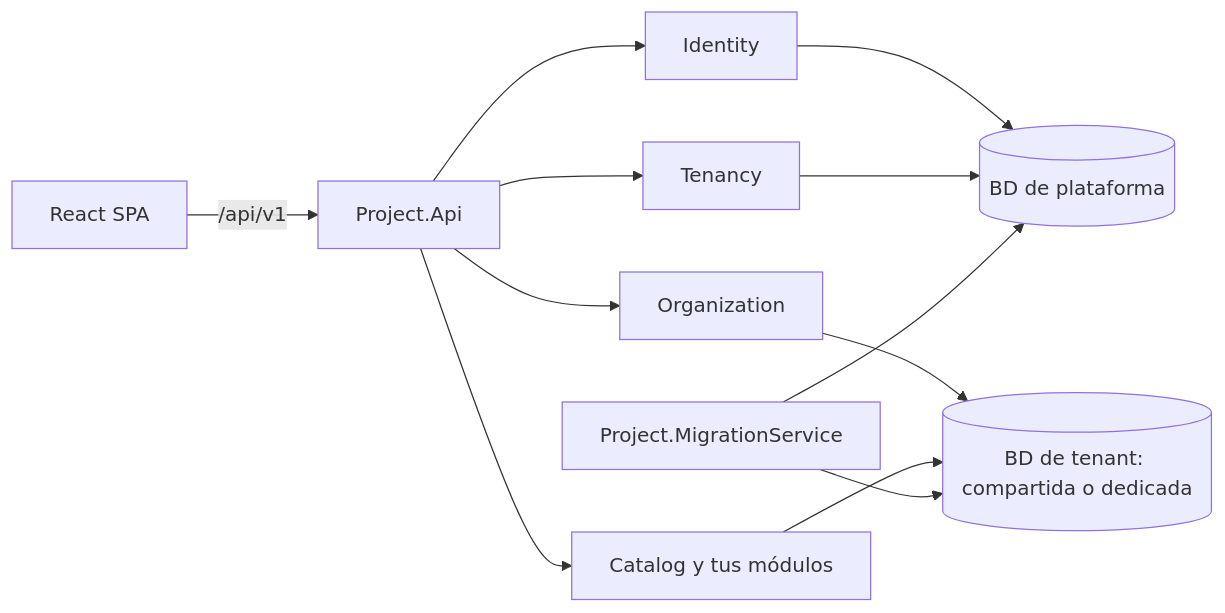
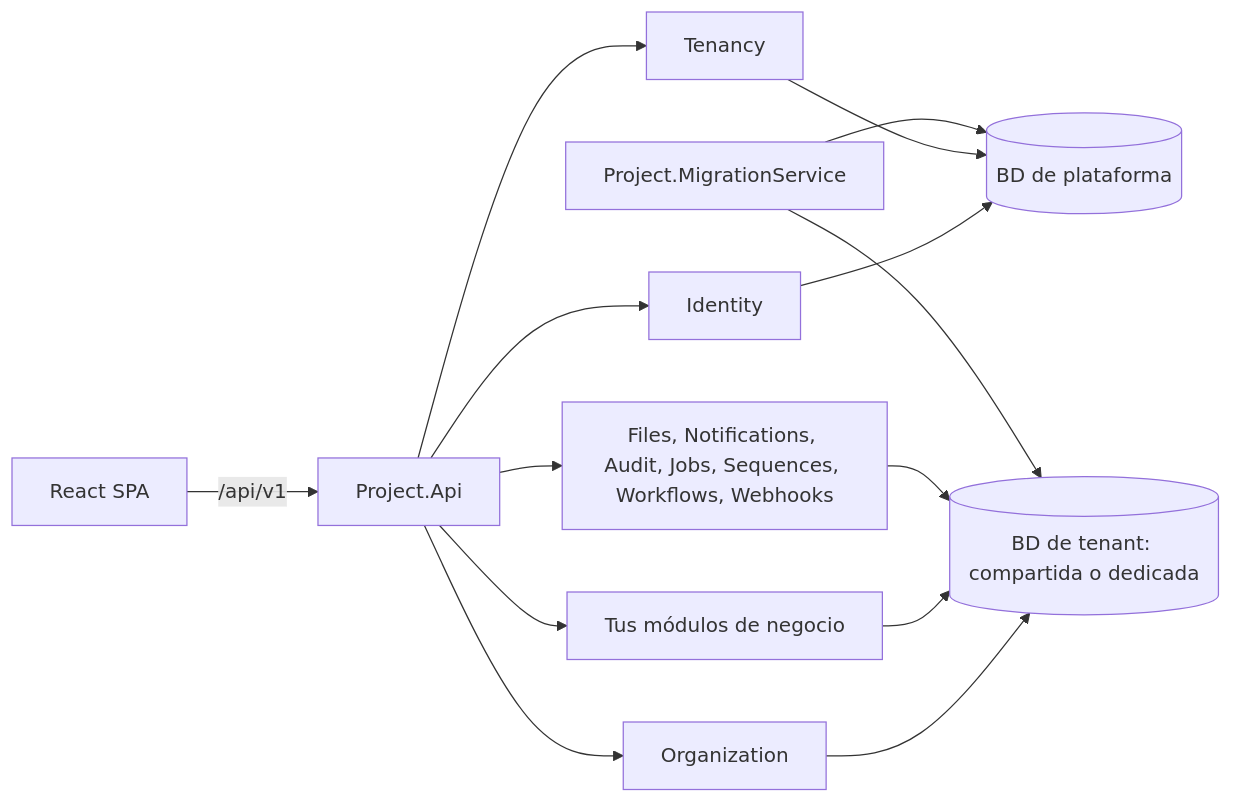
Before and after one commit to DannyGalvan/Plantilla_NET_React_TypeScript: the diagram in README.md, drawn with Mermaid. The commit also changed other lines of this file and 11 other files, not shown here.

````diff
--- a/README.md
+++ b/README.md
@@ -82,11 +89,12 @@
 ```mermaid
 flowchart LR
   SPA[React SPA] -->|/api/v1| API[Project.Api]
   API --> M1[Identity]
   API --> M2[Tenancy]
   API --> M3[Organization]
-  API --> M4[Catalog y tus módulos]
+  API --> M4[Tus módulos de negocio]
+  API --> M5[Files, Notifications, Audit, Jobs, Sequences, Workflows, Webhooks]
   M1 & M2 --> PDB[(BD de plataforma)]
-  M3 & M4 --> TDB[(BD de tenant: compartida o dedicada)]
+  M3 & M4 & M5 --> TDB[(BD de tenant: compartida o dedicada)]
   W[Project.MigrationService] --> PDB & TDB
 ```
````
